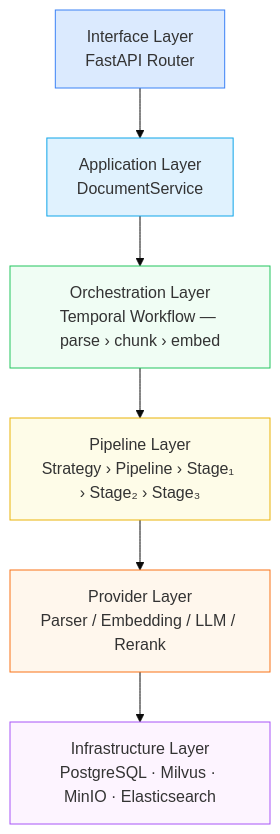
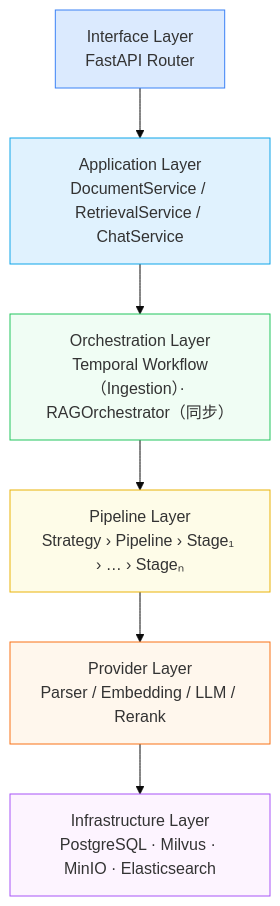
One commit to wanglei99999/arc-knowledge-ai changed the first of 3 diagrams in README.md. Above: the diagram before and after it, drawn with Mermaid (base theme). The commit also changed other lines of this file, not shown here.

````diff
--- a/README.md
+++ b/README.md
@@ -13,18 +13,18 @@
 ```mermaid
 graph TD
     A["Interface Layer\nFastAPI Router"]
-    B["Application Layer\nDocumentService"]
-    C["Orchestration Layer\nTemporal Workflow — parse › chunk › embed"]
-    D["Pipeline Layer\nStrategy › Pipeline › Stage₁ › Stage₂ › Stage₃"]
+    B["Application Layer\nDocumentService / RetrievalService / ChatService"]
+    C["Orchestration Layer\nTemporal Workflow（Ingestion）· RAGOrchestrator（同步）"]
+    D["Pipeline Layer\nStrategy › Pipeline › Stage₁ › … › Stageₙ"]
     E["Provider Layer\nParser / Embedding / LLM / Rerank"]
     F["Infrastructure Layer\nPostgreSQL · Milvus · MinIO · Elasticsearch"]
 
     A --> B --> C --> D --> E --> F
 
     style A fill:#dbeafe,stroke:#3b82f6
     style B fill:#e0f2fe,stroke:#0ea5e9
     style C fill:#f0fdf4,stroke:#22c55e
     style D fill:#fefce8,stroke:#eab308
     style E fill:#fff7ed,stroke:#f97316
     style F fill:#fdf4ff,stroke:#a855f7
 ```
````
